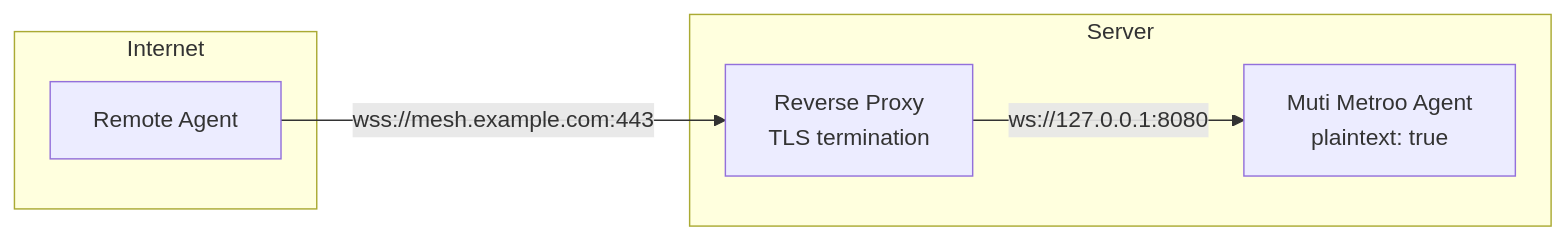
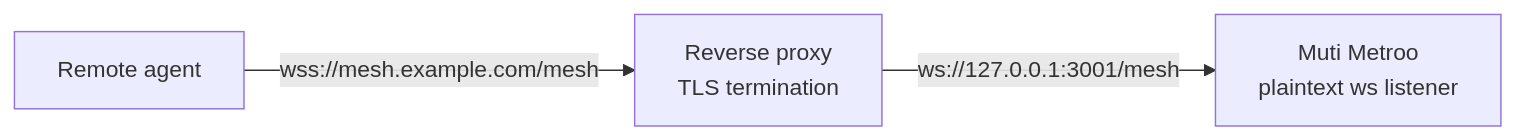
Before and after one commit to Muti-Metroo/Muti-Metroo: the diagram in docs/docs/deployment/reverse-proxy.md, drawn with Mermaid. The commit also changed other lines of this file and 156 other files, not shown here.

````diff
--- a/docs/docs/deployment/reverse-proxy.md
+++ b/docs/docs/deployment/reverse-proxy.md
@@ -26,14 +18,5 @@
 ```mermaid
 flowchart LR
-    subgraph Internet
-        Client[Remote Agent]
-    end
-
-    subgraph Server
-        Proxy[Reverse Proxy<br/>TLS termination]
-        Agent[Muti Metroo Agent<br/>plaintext: true]
-    end
-
-    Client -->|wss://mesh.example.com:443| Proxy
-    Proxy -->|ws://127.0.0.1:8080| Agent
+    Remote[Remote agent] -->|wss://mesh.example.com/mesh| Proxy[Reverse proxy<br/>TLS termination]
+    Proxy -->|ws://127.0.0.1:3001/mesh| Agent[Muti Metroo<br/>plaintext ws listener]
 ```
````
